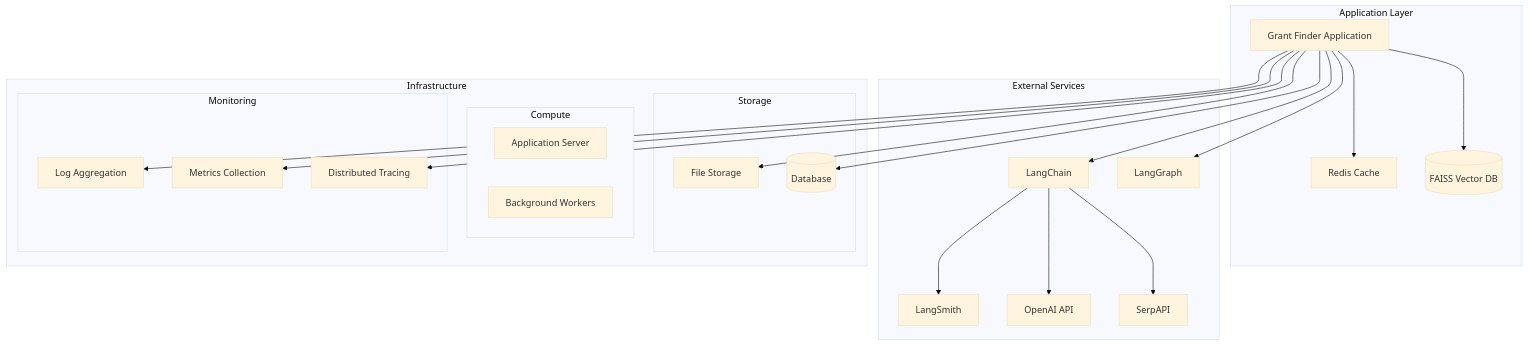
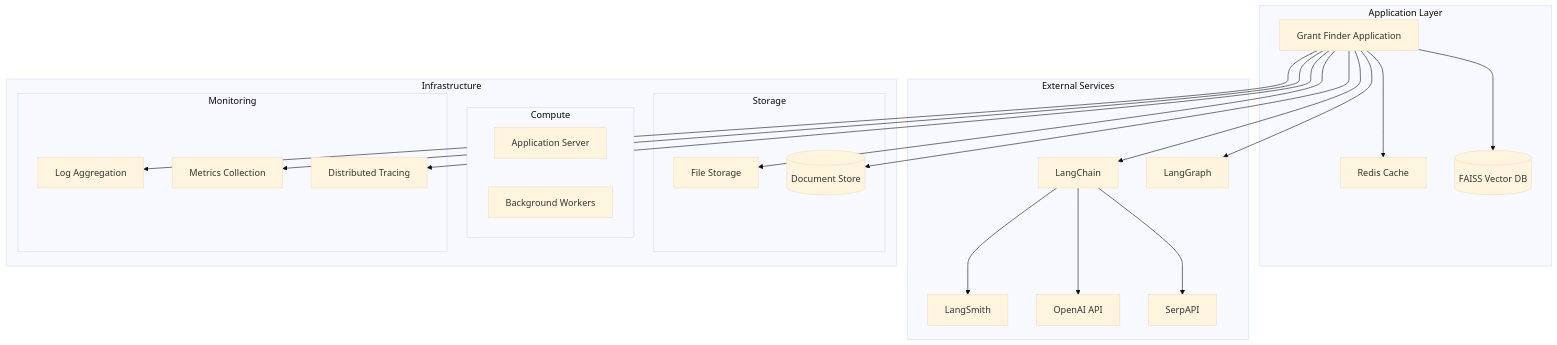
The diagram in README.md (eswears/Dynamo_LangGraph_Grant_Finder), drawn with Mermaid (base theme) before and after one commit. The commit also changed other lines of this file and 14 other files, not shown here.

````diff
--- a/README.md
+++ b/README.md
@@ -68,49 +18,49 @@
 ```mermaid
 graph TD
     subgraph "Application Layer"
         APP[Grant Finder Application]
         CACHE[Redis Cache]
         VDB[(FAISS Vector DB)]
     end
 
     subgraph "External Services"
         LC[LangChain]
         LG[LangGraph]
         LS[LangSmith]
         OAPI[OpenAI API]
         SAPI[SerpAPI]
     end
 
     subgraph "Infrastructure"
         subgraph "Compute"
             APP_SERVER[Application Server]
             WORKER[Background Workers]
         end
         
         subgraph "Storage"
             FS[File Storage]
-            DB[(Database)]
+            DB[(Document Store)]
         end
         
         subgraph "Monitoring"
             LOGS[Log Aggregation]
             METRICS[Metrics Collection]
             TRACES[Distributed Tracing]
         end
     end
 
     APP --> LC
     APP --> LG
     LC --> OAPI
     LC --> SAPI
     LC --> LS
     
     APP --> CACHE
     APP --> VDB
     APP --> FS
     APP --> DB
     
     APP --> LOGS
     APP --> METRICS
     APP --> TRACES
 ```
````
